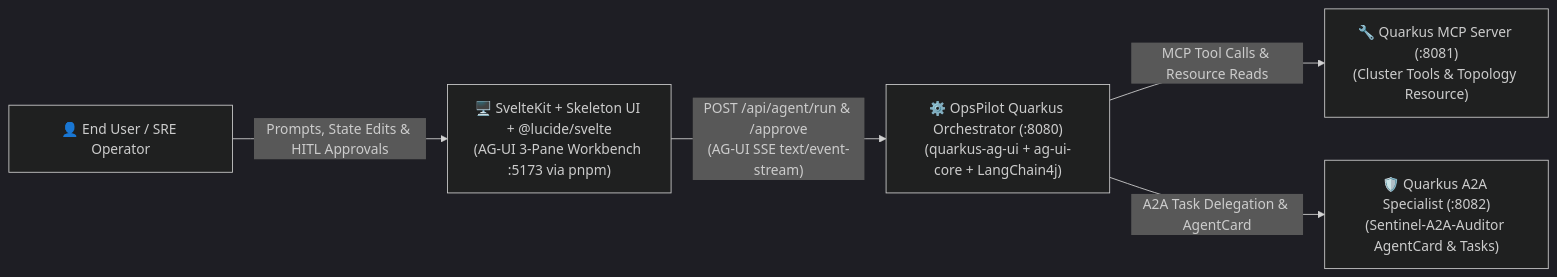
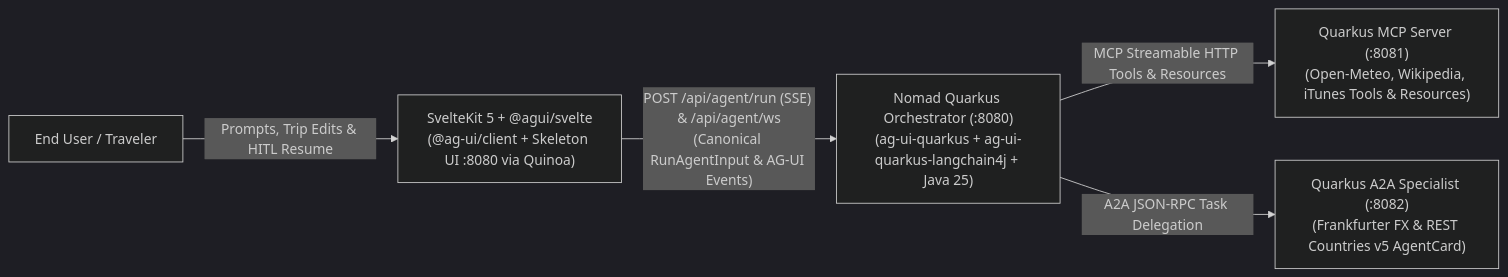
The first of 3 diagrams in docs/specs/C4_ARCHITECTURE.md (fmatar/quarkus-agui), drawn with Mermaid (dark theme) before and after one commit. The commit also changed other lines of this file and 54 other files, not shown here.

````diff
--- a/docs/specs/C4_ARCHITECTURE.md
+++ b/docs/specs/C4_ARCHITECTURE.md
@@ -5,13 +5,13 @@
 ```mermaid
 flowchart LR
-    User["👤 End User / SRE Operator"]
-    Client["🖥️ SvelteKit + Skeleton UI + @lucide/svelte\n(AG-UI 3-Pane Workbench :5173 via pnpm)"]
-    Backend["⚙️ OpsPilot Quarkus Orchestrator (:8080)\n(quarkus-ag-ui + ag-ui-core + LangChain4j)"]
-    McpServer["🔧 Quarkus MCP Server (:8081)\n(Cluster Tools & Topology Resource)"]
-    A2aServer["🛡️ Quarkus A2A Specialist (:8082)\n(Sentinel-A2A-Auditor AgentCard & Tasks)"]
+    User["End User / Traveler"]
+    Client["SvelteKit 5 + @agui/svelte\n(@ag-ui/client + Skeleton UI :8080 via Quinoa)"]
+    Backend["Nomad Quarkus Orchestrator (:8080)\n(ag-ui-quarkus + ag-ui-quarkus-langchain4j + Java 25)"]
+    McpServer["Quarkus MCP Server (:8081)\n(Open-Meteo, Wikipedia, iTunes Tools & Resources)"]
+    A2aServer["Quarkus A2A Specialist (:8082)\n(Frankfurter FX & REST Countries v5 AgentCard)"]
 
-    User -->|"Prompts, State Edits & HITL Approvals"| Client
-    Client -->|"POST /api/agent/run & /approve\n(AG-UI SSE text/event-stream)"| Backend
-    Backend -->|"MCP Tool Calls & Resource Reads"| McpServer
-    Backend -->|"A2A Task Delegation & AgentCard"| A2aServer
+    User -->|"Prompts, Trip Edits & HITL Resume"| Client
+    Client -->|"POST /api/agent/run (SSE) & /api/agent/ws\n(Canonical RunAgentInput & AG-UI Events)"| Backend
+    Backend -->|"MCP Streamable HTTP Tools & Resources"| McpServer
+    Backend -->|"A2A JSON-RPC Task Delegation"| A2aServer
 ```
````
